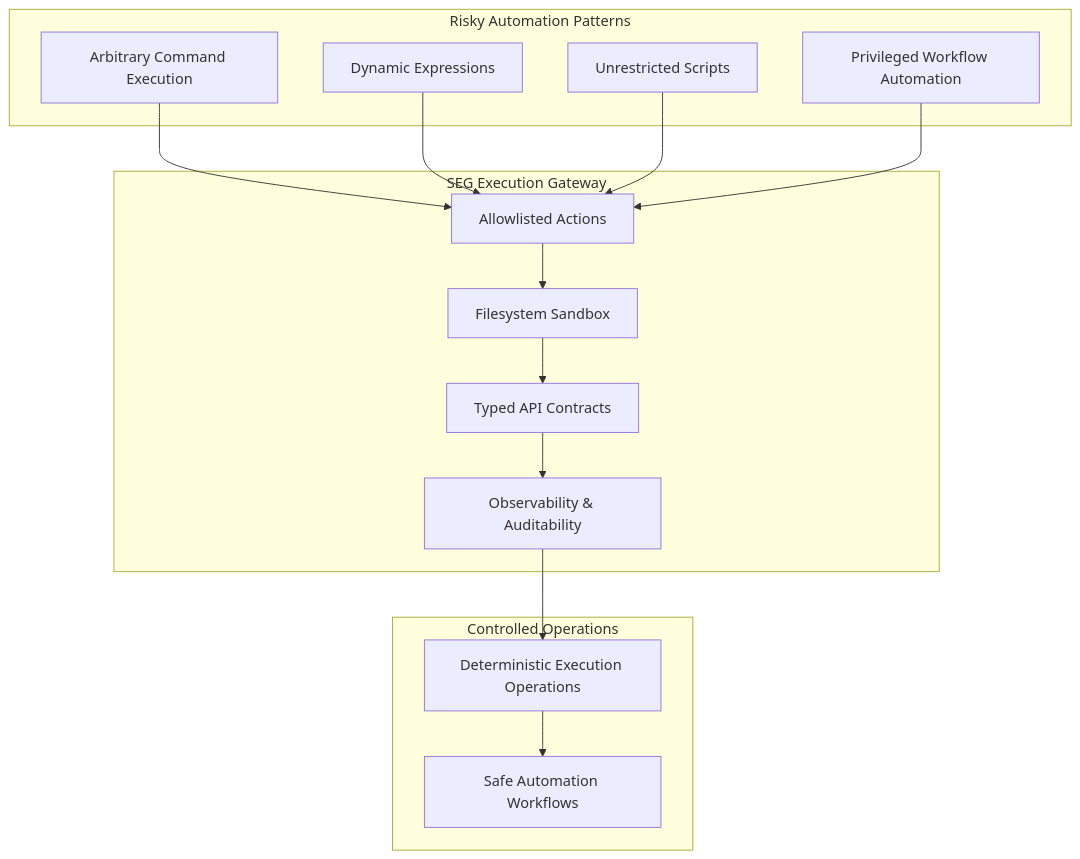
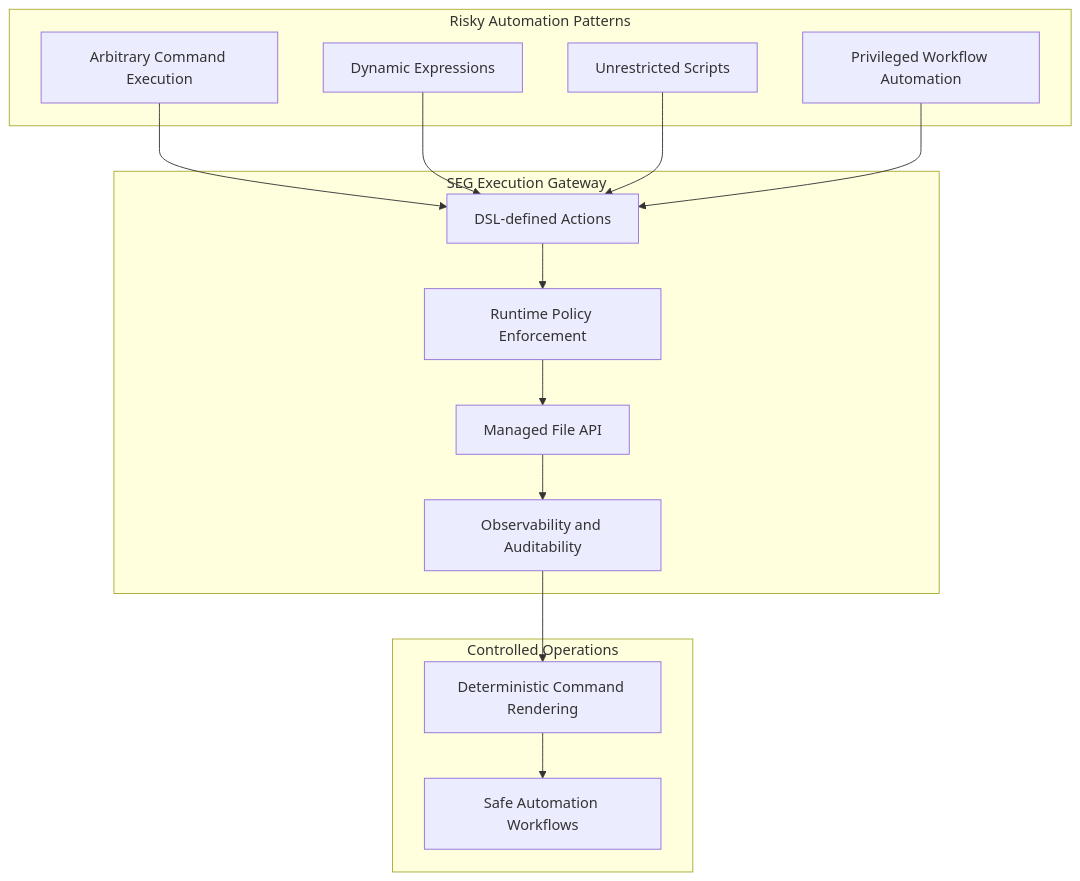
One commit to Libertocrat/seg changed the first of 4 diagrams in README.md. Above: the diagram before and after it, drawn with Mermaid. The commit also changed other lines of this file and 9 other files, not shown here.

````diff
--- a/README.md
+++ b/README.md
@@ -85,34 +85,33 @@
 ```mermaid
 flowchart TD
 
 subgraph Risky Automation Patterns
 A[Arbitrary Command Execution]
 B[Dynamic Expressions]
 C[Unrestricted Scripts]
 D[Privileged Workflow Automation]
 end
 
 subgraph SEG Execution Gateway
-E[Allowlisted Actions]
-F[Filesystem Sandbox]
-G[Typed API Contracts]
-H[Observability & Auditability]
+E[DSL-defined Actions]
+F[Runtime Policy Enforcement]
+G[Managed File API]
+H[Observability and Auditability]
 end
 
 subgraph Controlled Operations
-I[Deterministic Execution Operations]
+I[Deterministic Command Rendering]
 J[Safe Automation Workflows]
 end
 
 A --> E
 B --> E
 C --> E
 D --> E
 
 E --> F
 F --> G
 G --> H
-
 H --> I
 I --> J
 ```
````
